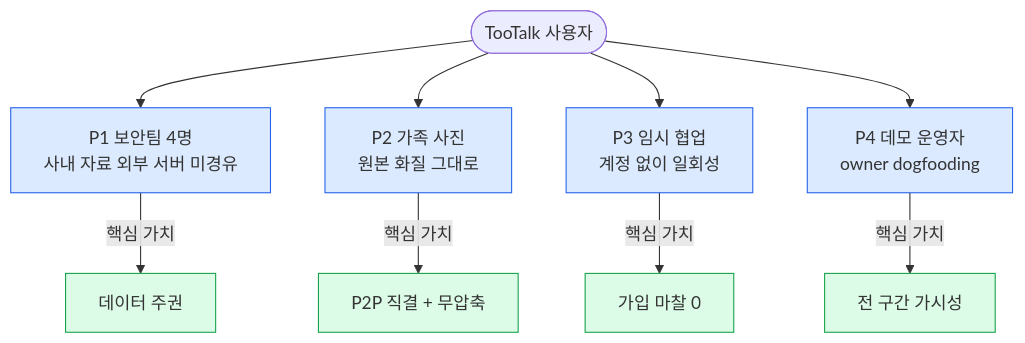
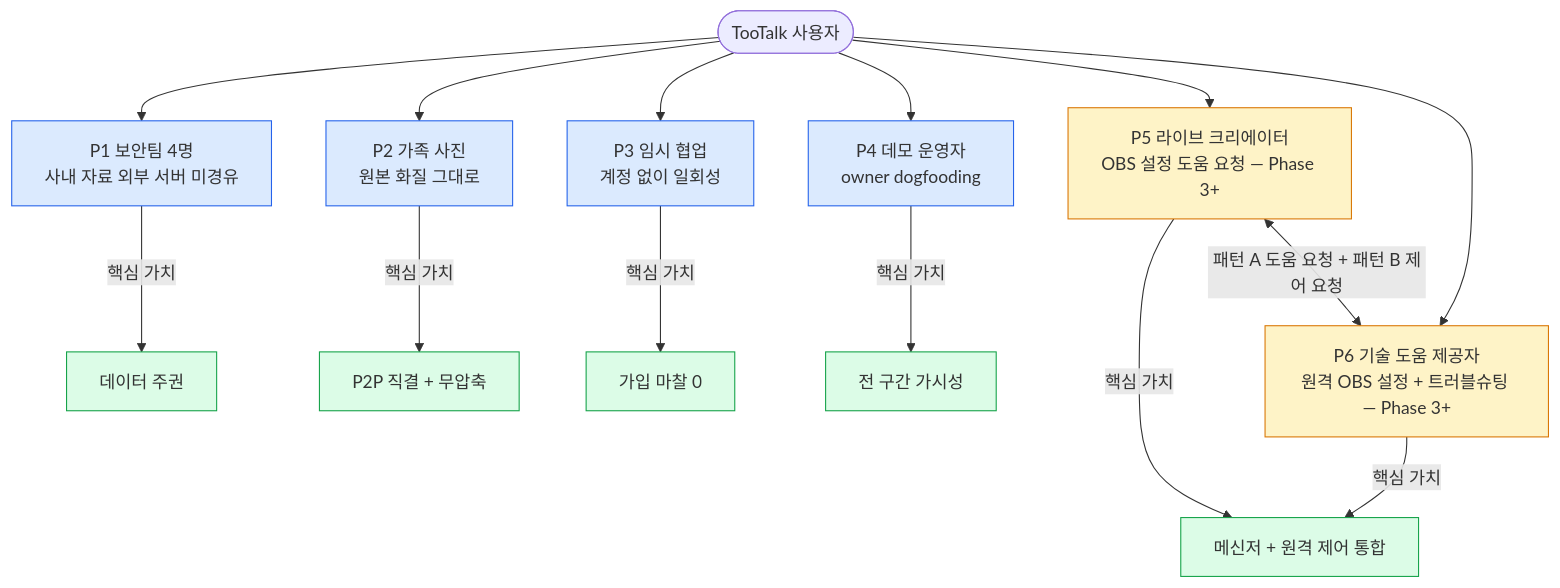
One commit to oneticket99/p2p_msg changed the diagram in PRODUCT_SENSE.md. Above: the diagram before and after it, drawn with Mermaid. The commit also changed other lines of this file and 3 other files, not shown here.

````diff
--- a/PRODUCT_SENSE.md
+++ b/PRODUCT_SENSE.md
@@ -66,23 +68,33 @@
 ```mermaid
 flowchart TD
     USER([TooTalk 사용자])
     P1[P1 보안팀 4명<br/>사내 자료 외부 서버 미경유]
     P2[P2 가족 사진<br/>원본 화질 그대로]
     P3[P3 임시 협업<br/>계정 없이 일회성]
     P4[P4 데모 운영자<br/>owner dogfooding]
+    P5[P5 라이브 크리에이터<br/>OBS 설정 도움 요청 — Phase 3+]
+    P6[P6 기술 도움 제공자<br/>원격 OBS 설정 + 트러블슈팅 — Phase 3+]
 
     USER --> P1
     USER --> P2
     USER --> P3
     USER --> P4
+    USER --> P5
+    USER --> P6
 
     P1 -->|핵심 가치| V1[데이터 주권]
     P2 -->|핵심 가치| V2[P2P 직결 + 무압축]
     P3 -->|핵심 가치| V3[가입 마찰 0]
     P4 -->|핵심 가치| V4[전 구간 가시성]
+    P5 -->|핵심 가치| V5[메신저 + 원격 제어 통합]
+    P6 -->|핵심 가치| V5
+
+    P5 <-->|패턴 A 도움 요청 + 패턴 B 제어 요청| P6
 
     classDef persona fill:#dbeafe,stroke:#2563eb
     classDef value fill:#dcfce7,stroke:#16a34a
+    classDef phase2 fill:#fef3c7,stroke:#d97706
     class P1,P2,P3,P4 persona
-    class V1,V2,V3,V4 value
+    class P5,P6 phase2
+    class V1,V2,V3,V4,V5 value
 ```
````
